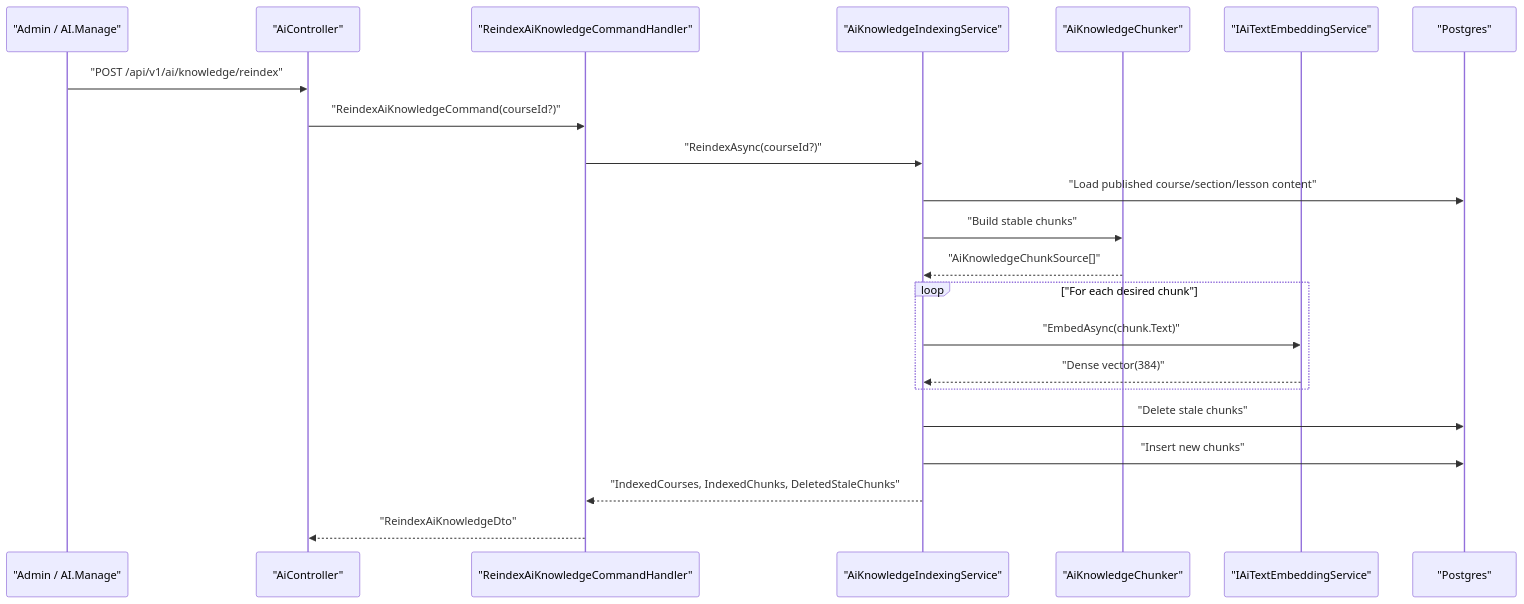
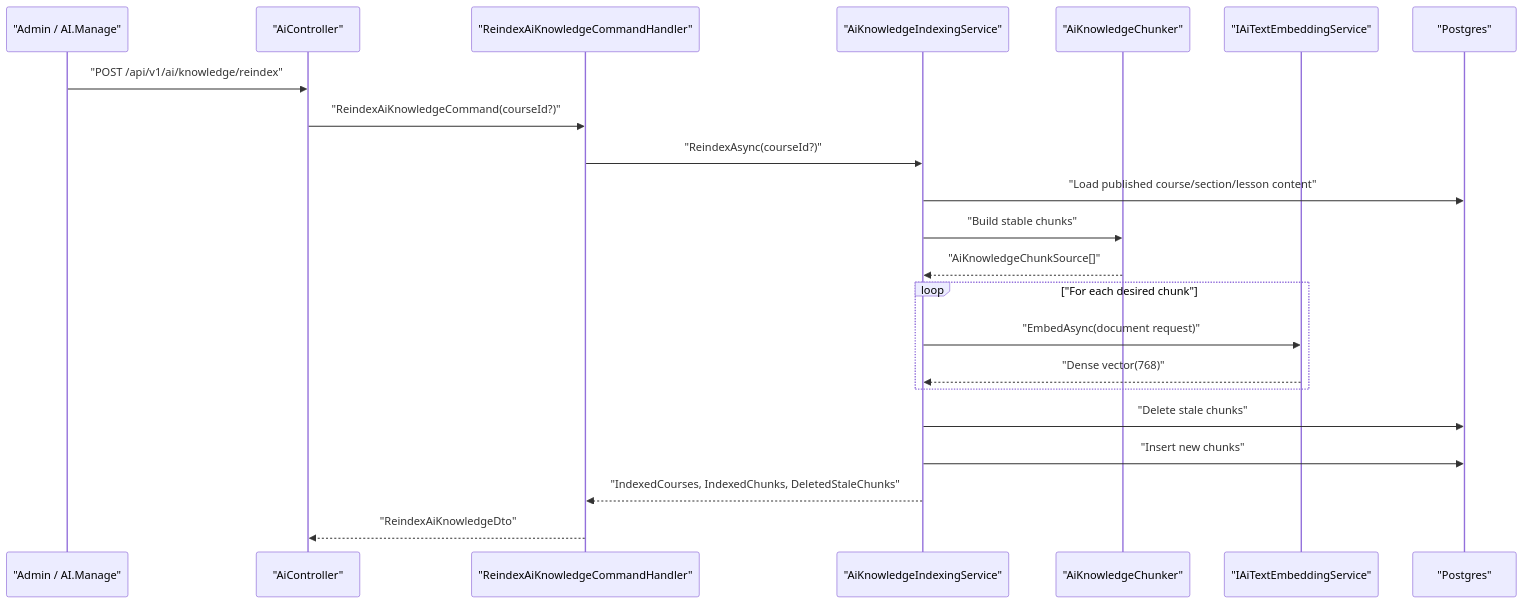
The fifth of 7 diagrams in docs/ai-architecture.md (caiquangtung/ELearning), drawn with Mermaid before and after one commit. The commit also changed other lines of this file and 21 other files, not shown here.

First line of the commit message:
feat: Implement Google AI Studio text embedding service and caching mechanism

````diff
--- a/docs/ai-architecture.md
+++ b/docs/ai-architecture.md
@@ -289,25 +293,25 @@
 ```mermaid
 sequenceDiagram
     participant Admin as "Admin / AI.Manage"
     participant API as "AiController"
     participant Handler as "ReindexAiKnowledgeCommandHandler"
     participant Indexer as "AiKnowledgeIndexingService"
     participant Chunker as "AiKnowledgeChunker"
     participant Embedding as "IAiTextEmbeddingService"
     participant DB as "Postgres"
 
     Admin->>API: "POST /api/v1/ai/knowledge/reindex"
     API->>Handler: "ReindexAiKnowledgeCommand(courseId?)"
     Handler->>Indexer: "ReindexAsync(courseId?)"
     Indexer->>DB: "Load published course/section/lesson content"
     Indexer->>Chunker: "Build stable chunks"
     Chunker-->>Indexer: "AiKnowledgeChunkSource[]"
     loop "For each desired chunk"
-        Indexer->>Embedding: "EmbedAsync(chunk.Text)"
-        Embedding-->>Indexer: "Dense vector(384)"
+        Indexer->>Embedding: "EmbedAsync(document request)"
+        Embedding-->>Indexer: "Dense vector(768)"
     end
     Indexer->>DB: "Delete stale chunks"
     Indexer->>DB: "Insert new chunks"
     Indexer-->>Handler: "IndexedCourses, IndexedChunks, DeletedStaleChunks"
     Handler-->>API: "ReindexAiKnowledgeDto"
 ```
````
